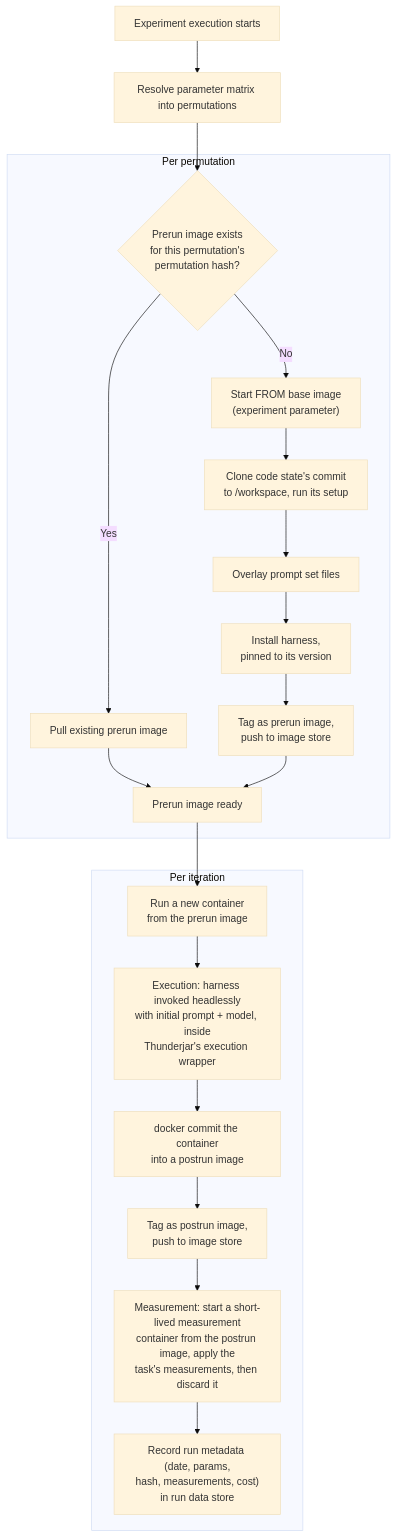
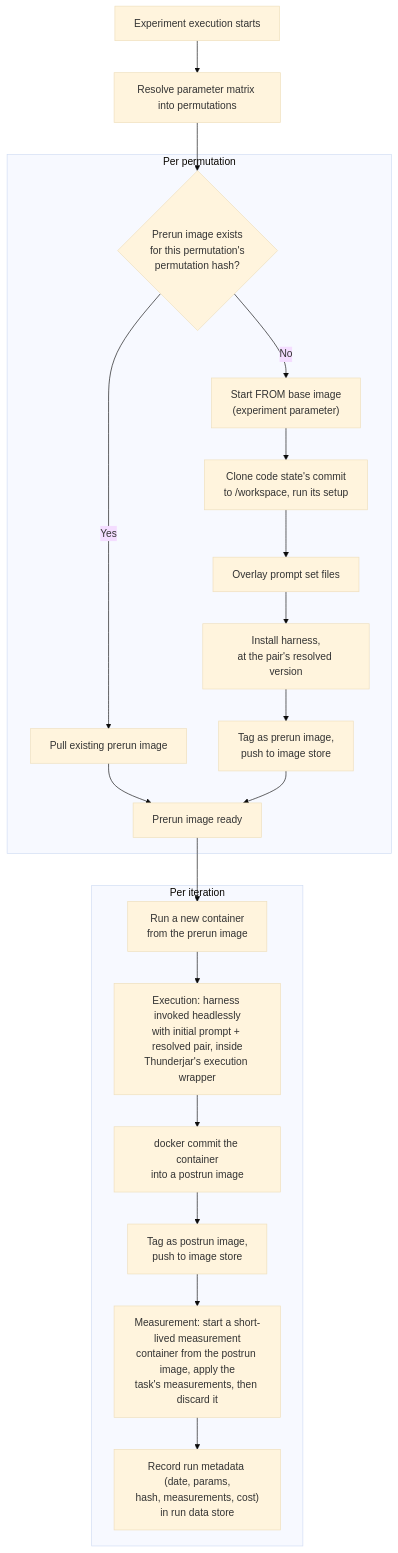
One commit to dwjohnston/thunderjar-speccing changed the diagram in spec/080-docker-execution.md. Above: the diagram before and after it, drawn with Mermaid (base theme). The commit also changed other lines of this file and 26 other files, not shown here.

First line of the commit message:
Apply harness/model pairs throughout the v1 spec

````diff
--- a/spec/080-docker-execution.md
+++ b/spec/080-docker-execution.md
@@ -11,28 +11,28 @@
 ```mermaid
 flowchart TD
     A["Experiment execution starts"] --> B["Resolve parameter matrix into permutations"]
     B --> C
 
     subgraph PERM["Per permutation"]
         C{"Prerun image exists<br/>for this permutation's<br/>permutation hash?"}
         C -- Yes --> D["Pull existing prerun image"]
         C -- No --> E["Start FROM base image<br/>(experiment parameter)"]
         E --> F["Clone code state's commit<br/>to /workspace, run its setup"]
         F --> G["Overlay prompt set files"]
-        G --> H["Install harness,<br/>pinned to its version"]
+        G --> H["Install harness,<br/>at the pair's resolved version"]
         H --> I["Tag as prerun image,<br/>push to image store"]
         D --> J["Prerun image ready"]
         I --> J
     end
 
     subgraph ITER["Per iteration"]
         K["Run a new container<br/>from the prerun image"]
-        K --> L["Execution: harness invoked headlessly<br/>with initial prompt + model, inside<br/>Thunderjar's execution wrapper"]
+        K --> L["Execution: harness invoked headlessly<br/>with initial prompt + resolved pair, inside<br/>Thunderjar's execution wrapper"]
         L --> M["docker commit the container<br/>into a postrun image"]
         M --> N["Tag as postrun image,<br/>push to image store"]
         N --> O["Measurement: start a short-lived measurement<br/>container from the postrun image, apply the<br/>task's measurements, then discard it"]
         O --> P["Record run metadata (date, params,<br/>hash, measurements, cost)<br/>in run data store"]
     end
 
     J --> K
 ```
````
